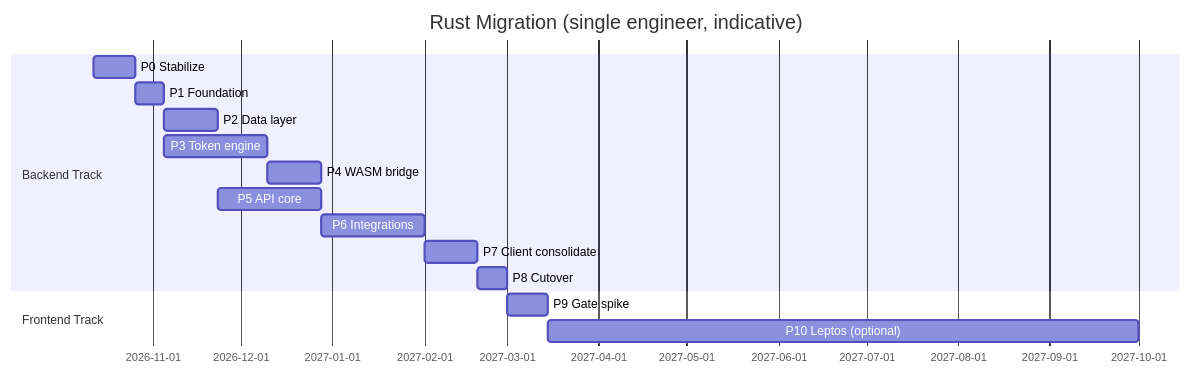
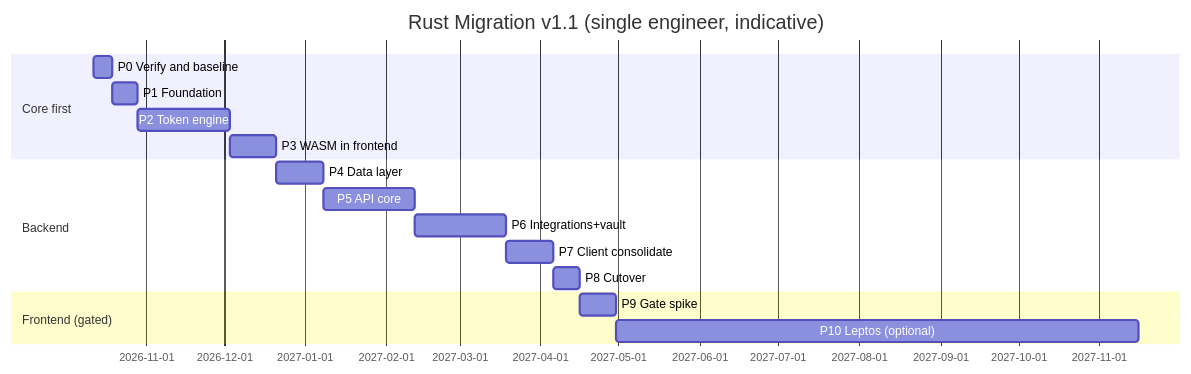
One commit to enamulkhanbd/second-screen changed the fourth of 4 diagrams in docs/RUST_MIGRATION_PLAN.md. Above: the diagram before and after it, drawn with Mermaid. The commit also changed other lines of this file, not shown here.

Commit message:
update rust migration plan docs to version 1.1 with re-baselined architecture and token engine priorities

````diff
--- a/docs/RUST_MIGRATION_PLAN.md
+++ b/docs/RUST_MIGRATION_PLAN.md
@@ -869,18 +894,19 @@
 ```mermaid
 gantt
   dateFormat  YYYY-MM-DD
-  title Rust Migration (single engineer, indicative)
-  section Backend Track
-  P0 Stabilize          :p0, 2026-10-12, 14d
-  P1 Foundation         :p1, after p0, 10d
-  P2 Data layer         :p2, after p1, 18d
-  P3 Token engine       :p3, after p1, 35d
-  P4 WASM bridge        :p4, after p3, 18d
-  P5 API core           :p5, after p2, 35d
-  P6 Integrations       :p6, after p5, 35d
-  P7 Client consolidate :p7, after p6, 18d
-  P8 Cutover            :p8, after p7, 10d
-  section Frontend Track
-  P9 Gate spike         :p9, after p8, 14d
-  P10 Leptos (optional) :p10, after p9, 200d
+  title Rust Migration v1.1 (single engineer, indicative)
+  section Core first
+  P0 Verify and baseline :p0, 2026-10-12, 7d
+  P1 Foundation          :p1, after p0, 10d
+  P2 Token engine        :p2, after p1, 35d
+  P3 WASM in frontend    :p3, after p2, 18d
+  section Backend
+  P4 Data layer          :p4, after p3, 18d
+  P5 API core            :p5, after p4, 35d
+  P6 Integrations+vault  :p6, after p5, 35d
+  P7 Client consolidate  :p7, after p6, 18d
+  P8 Cutover             :p8, after p7, 10d
+  section Frontend (gated)
+  P9 Gate spike          :p9, after p8, 14d
+  P10 Leptos (optional)  :p10, after p9, 200d
 ```
````
